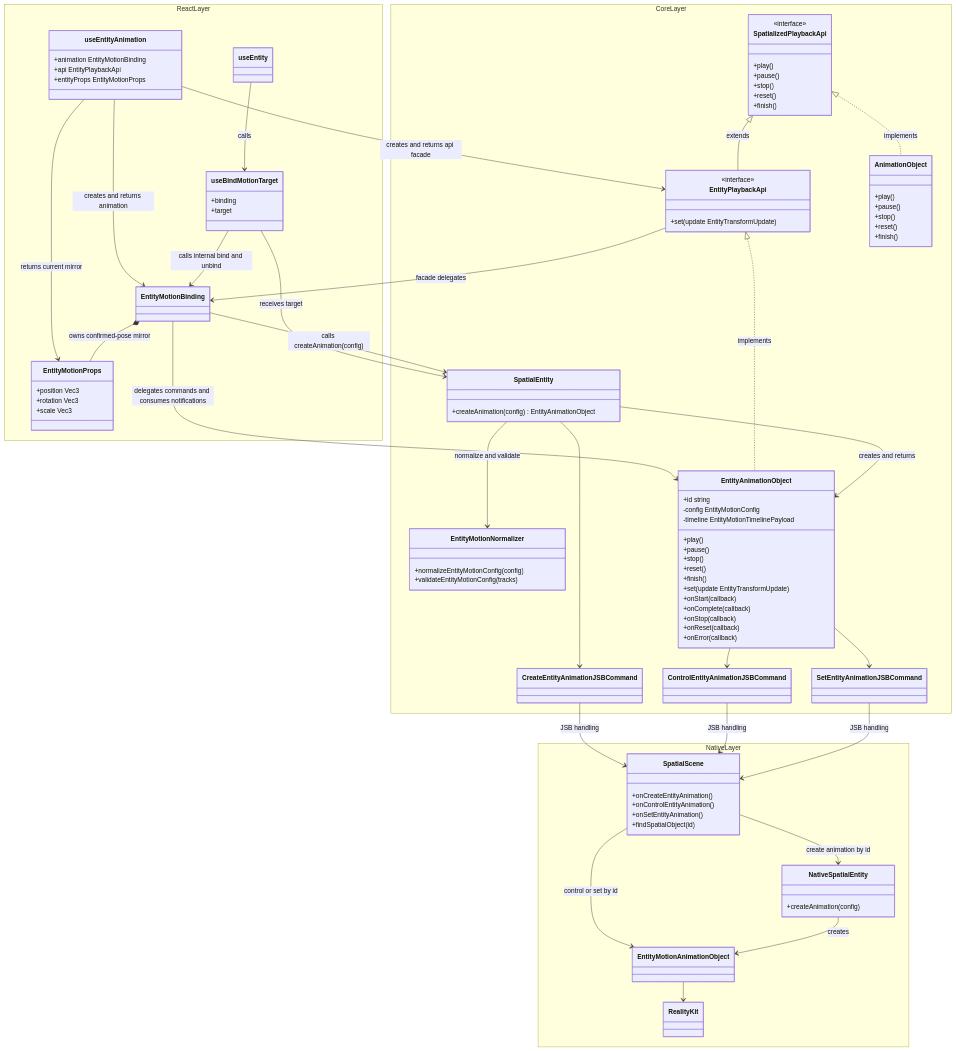
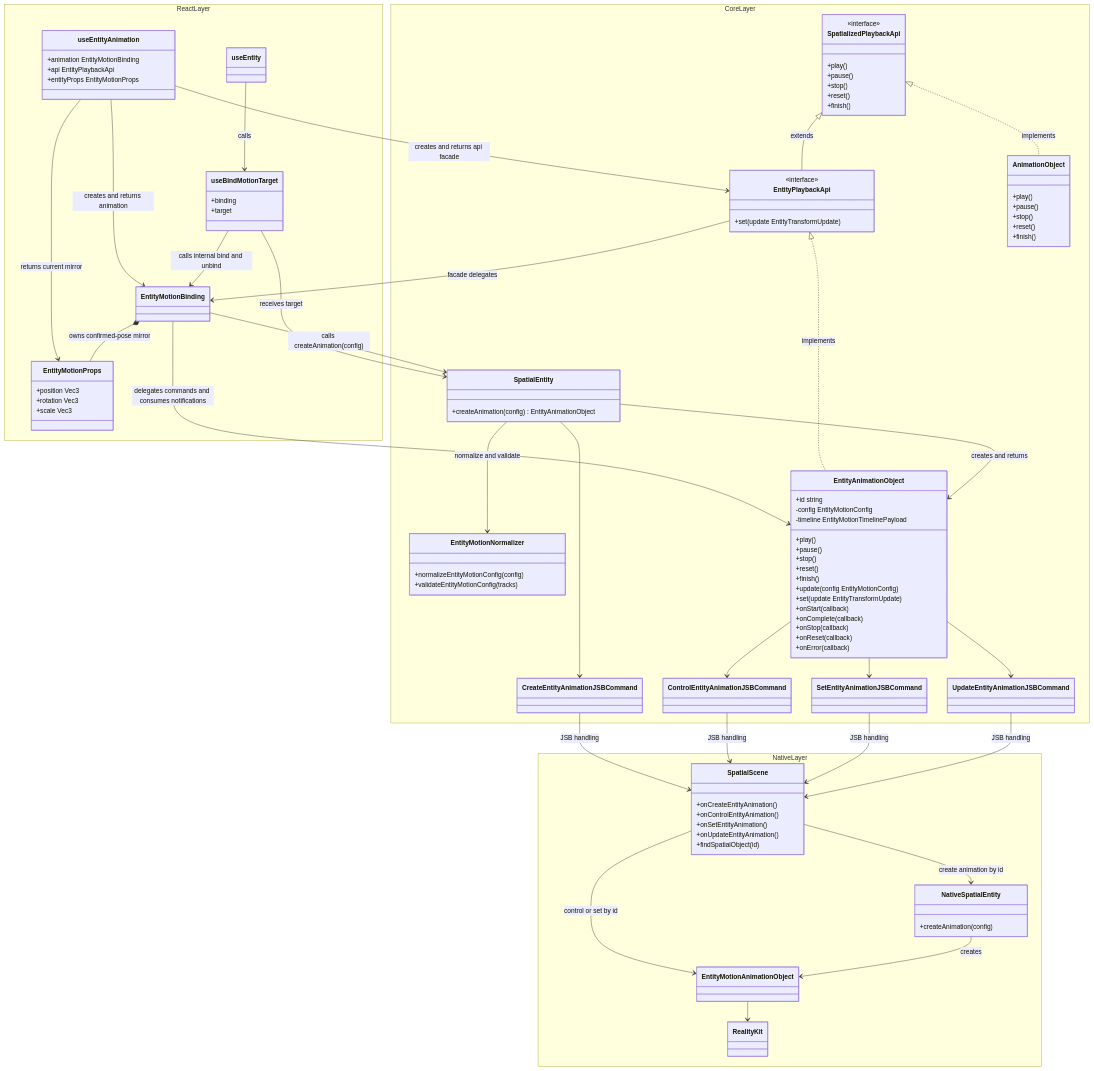
One commit to webspatial/webspatial-sdk changed the second of 14 diagrams in openspec/changes/redesign-entity-motion-api/design.md. Above: the diagram before and after it, drawn with Mermaid. The commit also changed other lines of this file and 7 other files, not shown here.

```diff
--- a/openspec/changes/redesign-entity-motion-api/design.md
+++ b/openspec/changes/redesign-entity-motion-api/design.md
@@ -242,6 +242,7 @@
             +stop()
             +reset()
             +finish()
+            +update(config EntityMotionConfig)
             +set(update EntityTransformUpdate)
             +onStart(callback)
             +onComplete(callback)
@@ -252,12 +253,15 @@
         class CreateEntityAnimationJSBCommand
         class ControlEntityAnimationJSBCommand
         class SetEntityAnimationJSBCommand
+        class UpdateEntityAnimationJSBCommand
+        class UpdateEntityAnimationJSBCommand
     }
     namespace NativeLayer {
         class SpatialScene {
             +onCreateEntityAnimation()
             +onControlEntityAnimation()
             +onSetEntityAnimation()
+            +onUpdateEntityAnimation()
             +findSpatialObject(id)
         }
         class NativeSpatialEntity {
@@ -284,9 +288,11 @@
     SpatialEntity --> CreateEntityAnimationJSBCommand
     EntityAnimationObject --> ControlEntityAnimationJSBCommand
     EntityAnimationObject --> SetEntityAnimationJSBCommand
+    EntityAnimationObject --> UpdateEntityAnimationJSBCommand
     CreateEntityAnimationJSBCommand --> SpatialScene : JSB handling
     ControlEntityAnimationJSBCommand --> SpatialScene : JSB handling
     SetEntityAnimationJSBCommand --> SpatialScene : JSB handling
+    UpdateEntityAnimationJSBCommand --> SpatialScene : JSB handling
     SpatialScene --> NativeSpatialEntity : create animation by id
     SpatialScene --> EntityMotionAnimationObject : control or set by id
     NativeSpatialEntity --> EntityMotionAnimationObject : creates
```
